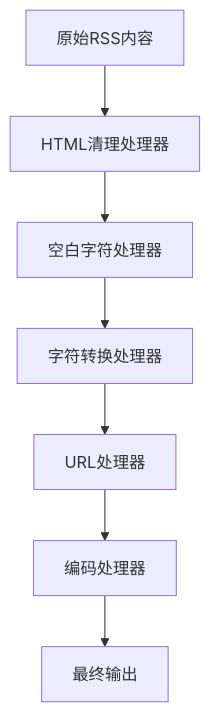
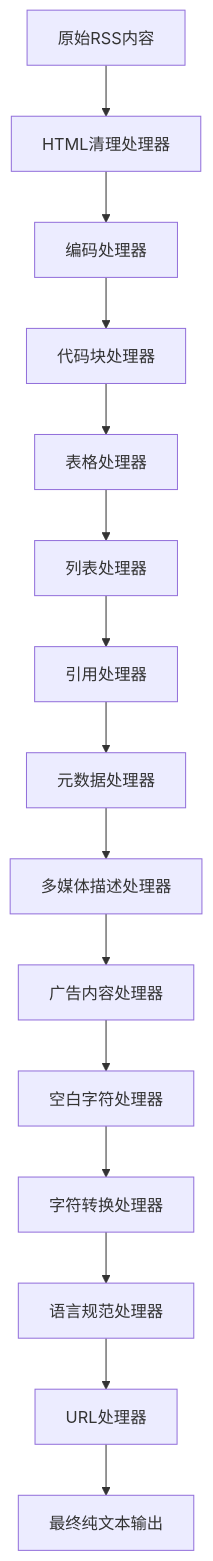
Before and after one commit to yaotutu/aipod: the diagram in docs/content-processor.md, drawn with Mermaid. The commit also changed other lines of this file and 4 other files, not shown here.

````diff
--- a/docs/content-processor.md
+++ b/docs/content-processor.md
@@ -9,9 +46,17 @@
 ```mermaid
 graph TD
     A[原始RSS内容] --> B[HTML清理处理器]
-    B --> C[空白字符处理器]
-    C --> D[字符转换处理器]
-    D --> E[URL处理器]
-    E --> F[编码处理器]
-    F --> G[最终输出]
+    B --> C[编码处理器]
+    C --> D[代码块处理器]
+    D --> E[表格处理器]
+    E --> F[列表处理器]
+    F --> G[引用处理器]
+    G --> H[元数据处理器]
+    H --> I[多媒体描述处理器]
+    I --> J[广告内容处理器]
+    J --> K[空白字符处理器]
+    K --> L[字符转换处理器]
+    L --> M[语言规范处理器]
+    M --> N[URL处理器]
+    N --> O[最终纯文本输出]
 ```
````
